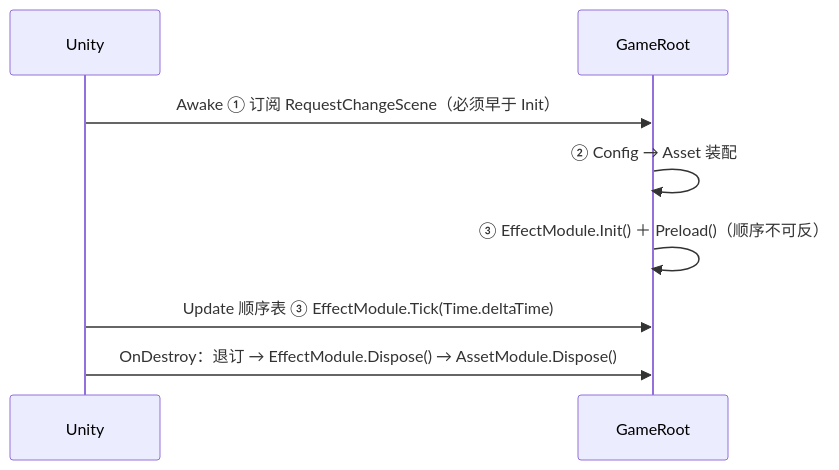
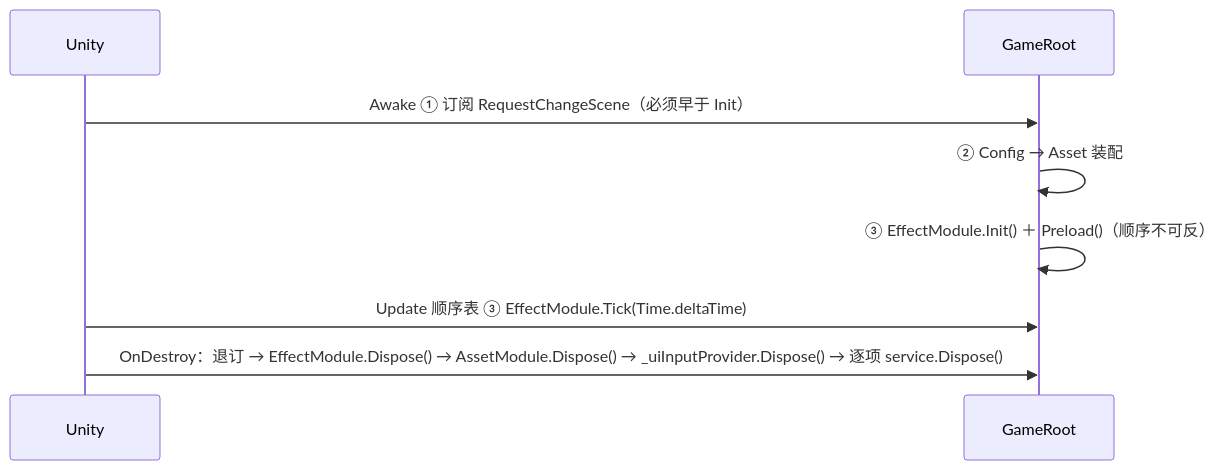
Before and after one commit to 5FYZhou/deepseaoil: the third of 3 diagrams in Docs/粒子特效系统/粒子特效系统 · 设计与契约.md, drawn with Mermaid. The commit also changed other lines of this file and 34 other files, not shown here.

````diff
--- a/Docs/粒子特效系统/粒子特效系统 · 设计与契约.md
+++ b/Docs/粒子特效系统/粒子特效系统 · 设计与契约.md
@@ -125,10 +125,10 @@
 ```mermaid
 sequenceDiagram
     participant U as Unity
     participant GR as GameRoot
     U->>GR: Awake ① 订阅 RequestChangeScene（必须早于 Init）
     GR->>GR: ② Config → Asset 装配
     GR->>GR: ③ EffectModule.Init() ＋ Preload()（顺序不可反）
     U->>GR: Update 顺序表 ③ EffectModule.Tick(Time.deltaTime)
-    U->>GR: OnDestroy：退订 → EffectModule.Dispose() → AssetModule.Dispose()
+    U->>GR: OnDestroy：退订 → EffectModule.Dispose() → AssetModule.Dispose() → _uiInputProvider.Dispose() → 逐项 service.Dispose()
 ```
````
